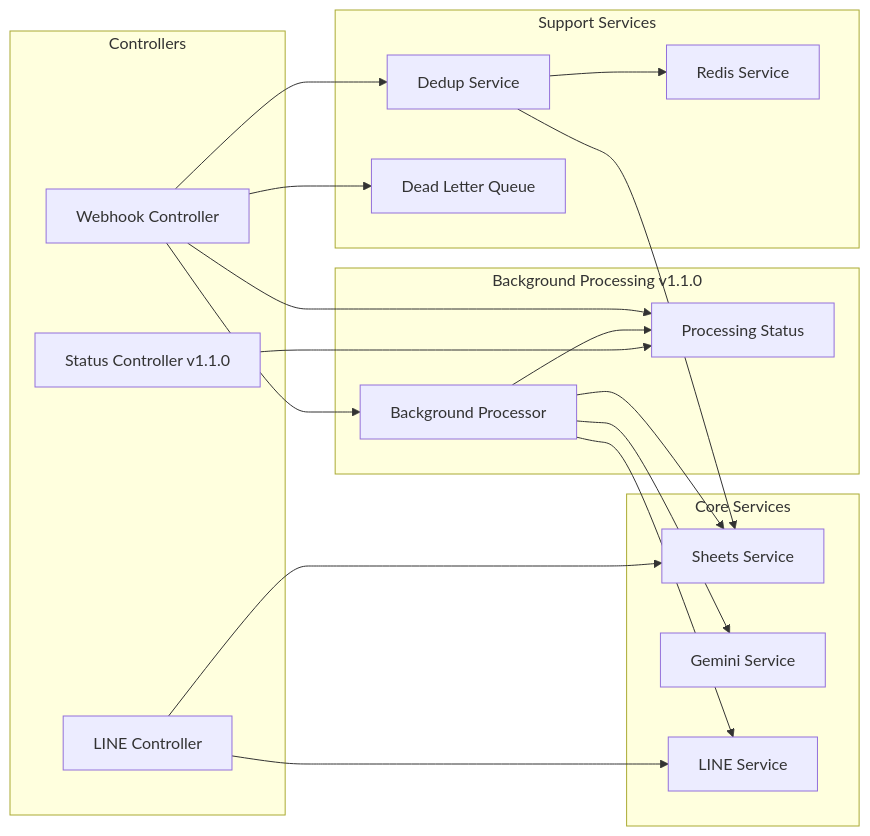
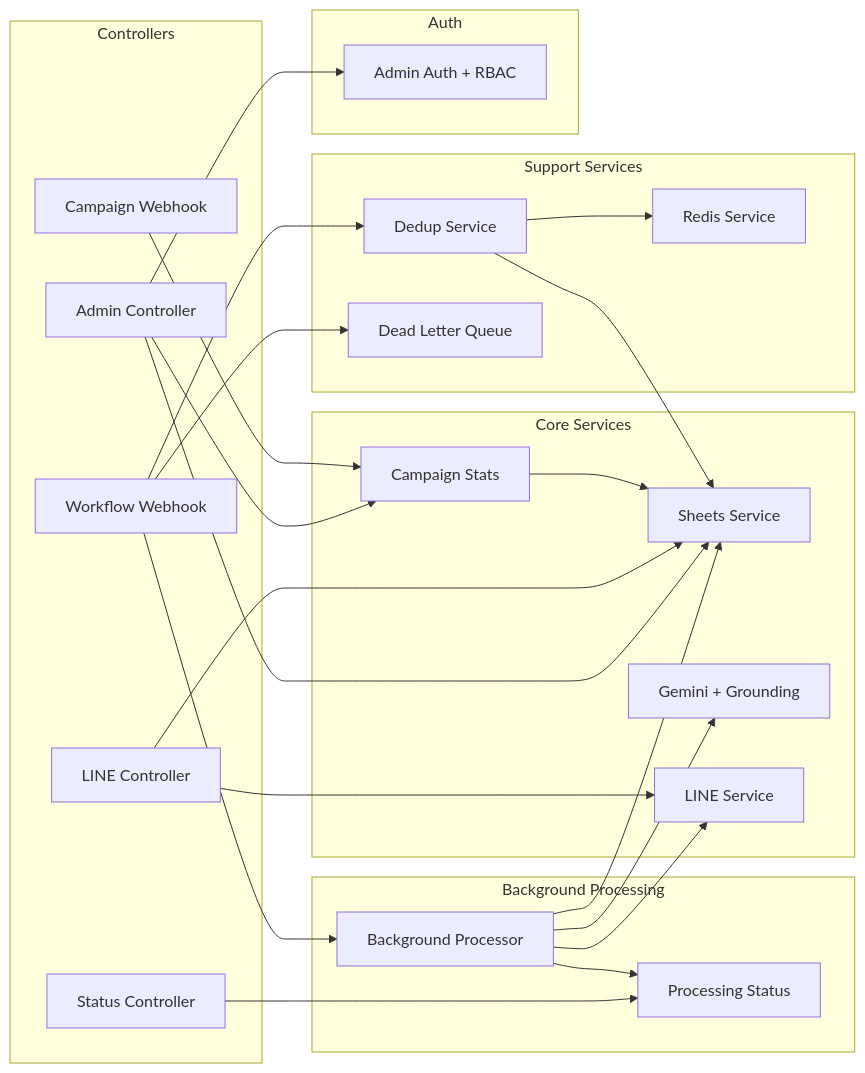
Before and after one commit to Jirawatpyk/ENEOS-Sales-Automation: the seventh of 12 diagrams in docs/ARCHITECTURE.md, drawn with Mermaid. The commit also changed other lines of this file and 22 other files, not shown here.

````diff
--- a/docs/ARCHITECTURE.md
+++ b/docs/ARCHITECTURE.md
@@ -292,41 +343,54 @@
 ```mermaid
 graph LR
     subgraph Controllers
-        WC[Webhook Controller]
+        WC[Workflow Webhook]
+        CC[Campaign Webhook]
         LC[LINE Controller]
-        SC[Status Controller v1.1.0]
+        AC[Admin Controller]
+        SC[Status Controller]
     end
 
-    subgraph Background Processing v1.1.0
+    subgraph Background Processing
         BP[Background Processor]
         PS[Processing Status]
     end
 
     subgraph Core Services
         SS[Sheets Service]
-        GS[Gemini Service]
+        GS[Gemini + Grounding]
         LS[LINE Service]
+        CS[Campaign Stats]
     end
 
     subgraph Support Services
         DS[Dedup Service]
         DLQ[Dead Letter Queue]
         RS[Redis Service]
     end
 
+    subgraph Auth
+        AA[Admin Auth + RBAC]
+    end
+
     WC --> DS
     WC --> BP
-    WC --> PS
     BP --> GS
     BP --> SS
     BP --> LS
     BP --> PS
     SC --> PS
     WC --> DLQ
 
+    CC --> CS
+    CS --> SS
+
     LC --> SS
     LC --> LS
+
+    AC --> AA
+    AC --> SS
+    AC --> CS
 
     DS --> SS
     DS --> RS
 ```
````
